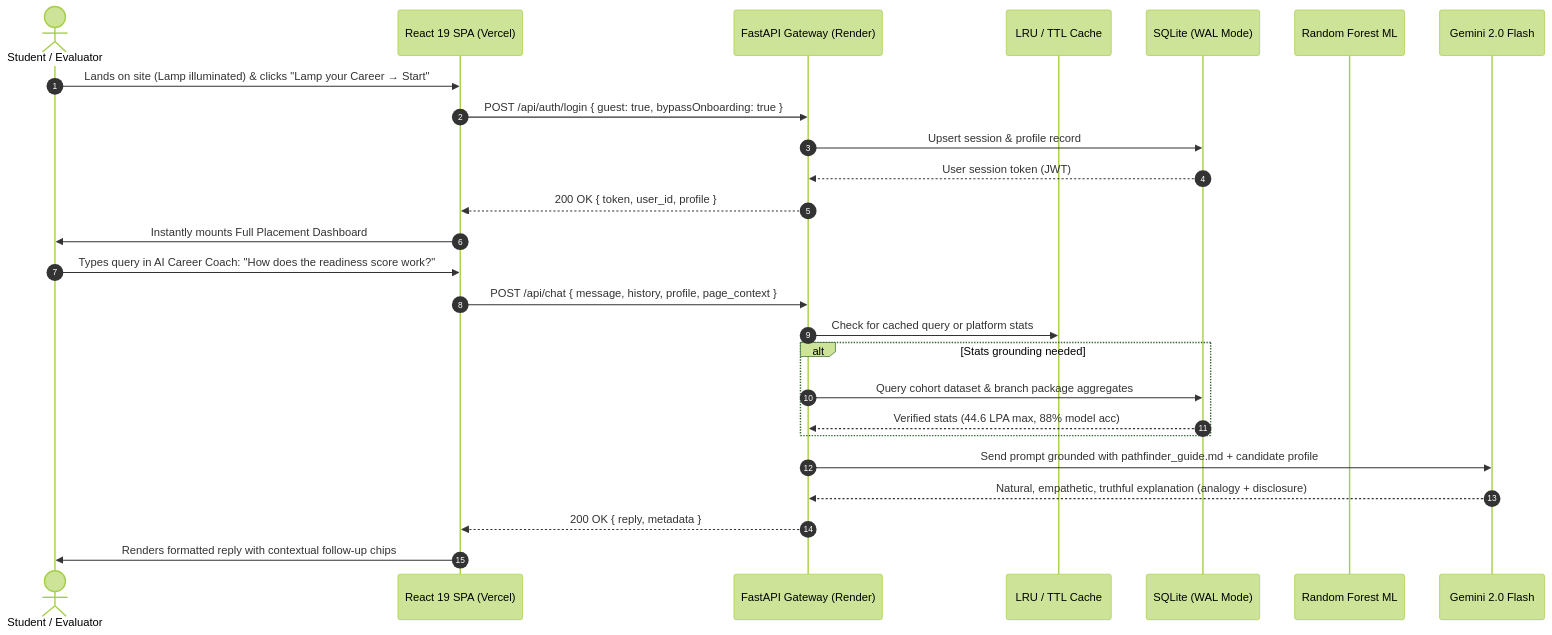
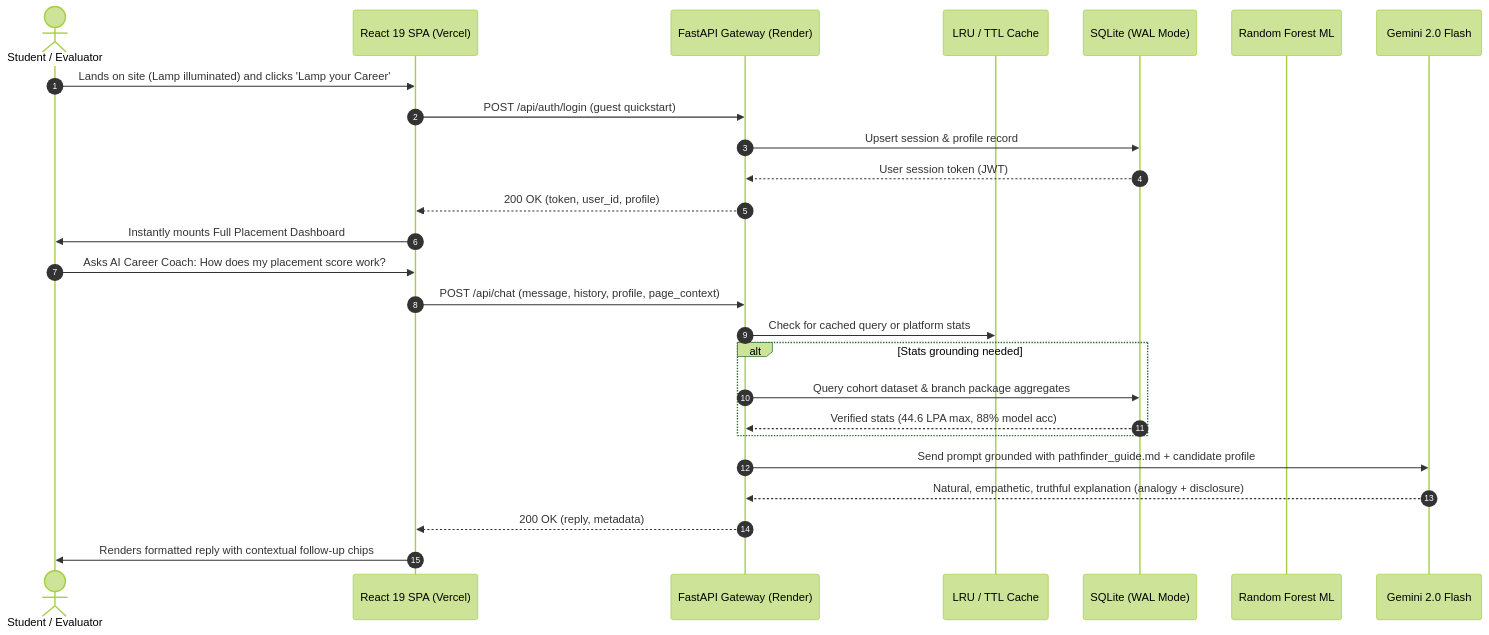
The second of 2 diagrams in README.md (dileepbommali16-ops/pathfinder), drawn with Mermaid (forest theme) before and after one commit. The commit also changed other lines of this file and 5 other files, not shown here.

Commit message:
fix(build & docs): fix GitHub Mermaid diagram parsing, widen architecture view, and resolve Vercel build warnings

````diff
--- a/README.md
+++ b/README.md
@@ -131,30 +150,30 @@
 ```mermaid
 sequenceDiagram
     autonumber
     actor Student as Student / Evaluator
     participant Client as React 19 SPA (Vercel)
     participant Gateway as FastAPI Gateway (Render)
     participant Cache as LRU / TTL Cache
     participant DB as SQLite (WAL Mode)
     participant ML as Random Forest ML
     participant AI as Gemini 2.0 Flash
 
-    Student->>Client: Lands on site (Lamp illuminated) & clicks "Lamp your Career → Start"
-    Client->>Gateway: POST /api/auth/login { guest: true, bypassOnboarding: true }
+    Student->>Client: Lands on site (Lamp illuminated) and clicks 'Lamp your Career'
+    Client->>Gateway: POST /api/auth/login (guest quickstart)
     Gateway->>DB: Upsert session & profile record
     DB-->>Gateway: User session token (JWT)
-    Gateway-->>Client: 200 OK { token, user_id, profile }
+    Gateway-->>Client: 200 OK (token, user_id, profile)
     Client->>Student: Instantly mounts Full Placement Dashboard
 
-    Student->>Client: Types query in AI Career Coach: "How does the readiness score work?"
-    Client->>Gateway: POST /api/chat { message, history, profile, page_context }
+    Student->>Client: Asks AI Career Coach: How does my placement score work?
+    Client->>Gateway: POST /api/chat (message, history, profile, page_context)
     Gateway->>Cache: Check for cached query or platform stats
     alt Stats grounding needed
         Gateway->>DB: Query cohort dataset & branch package aggregates
         DB-->>Gateway: Verified stats (44.6 LPA max, 88% model acc)
     end
     Gateway->>AI: Send prompt grounded with pathfinder_guide.md + candidate profile
     AI-->>Gateway: Natural, empathetic, truthful explanation (analogy + disclosure)
-    Gateway-->>Client: 200 OK { reply, metadata }
+    Gateway-->>Client: 200 OK (reply, metadata)
     Client->>Student: Renders formatted reply with contextual follow-up chips
 ```
````
